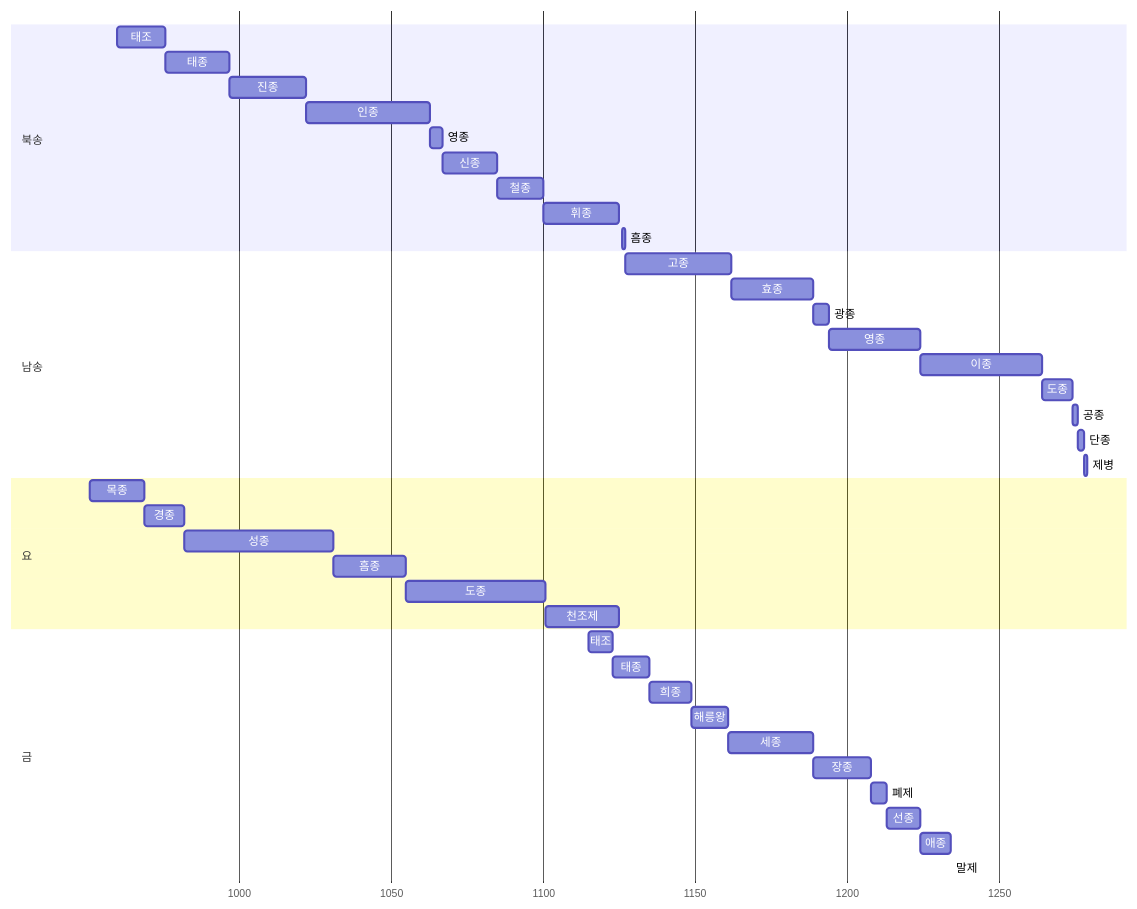
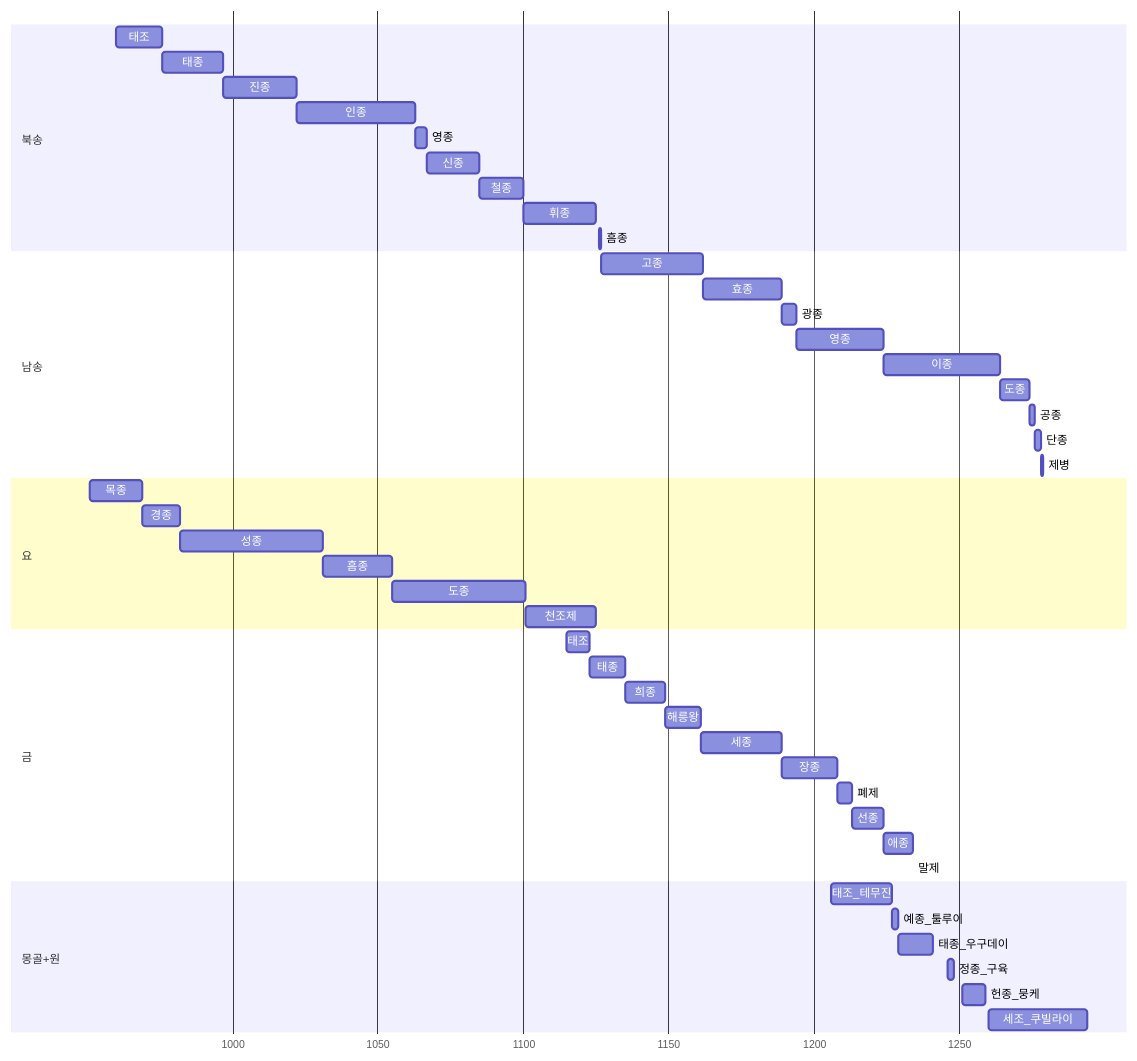
Before and after one commit to daewonyoon/historigram: the second of 2 diagrams in 중국사/송왕조.md, drawn with Mermaid. The commit also changed 1 other file, not shown here.

````diff
--- a/중국사/송왕조.md
+++ b/중국사/송왕조.md
@@ -21,49 +21,56 @@
 ```mermaid
 gantt
 
 dateFormat YYYY
 axisFormat %Y
 
 section 북송
 태조: 0960,0976
 태종: 0976,0997
 진종: 0997,1022
 인종: 1022,1063
 영종: 1063, 1067
 신종: 1067, 1085
 철종: 1085, 1100
 휘종: 1100, 1125
 흠종: 1126, 1127
 
 section 남송
 고종: 1127, 1162
 효종: 1162, 1189
 광종: 1189, 1194
 영종: 1194, 1224
 이종: 1224, 1264
 도종: 1264, 1274
 공종: 1274, 1276
 단종: 1276, 1278
 제병: 1278, 1279
 
 section 요
 목종: 0951, 0969
 경종: 0969, 0982
 성종: 0982, 1031
 흠종: 1031, 1055
 도종: 1055, 1101
 천조제: 1101, 1125
 
 section 금
 태조 : 1115, 1123
 태종 : 1123, 1135
 희종 : 1135, 1149
 해릉왕 : 1149, 1161
 세종 : 1161, 1189
 장종 : 1189, 1208
 폐제 : 1208, 1213
 선종 : 1213, 1224
 애종 : 1224, 1234
 말제 : 1234, 1234
 
+section 몽골+원
+태조_테무진: 1206, 1227
+예종_툴루이: 1227, 1229
+태종_우구데이: 1229, 1241
+정종_구육: 1246, 1248
+헌종_뭉케: 1251, 1259
+세조_쿠빌라이: 1260, 1294
 ```
````
